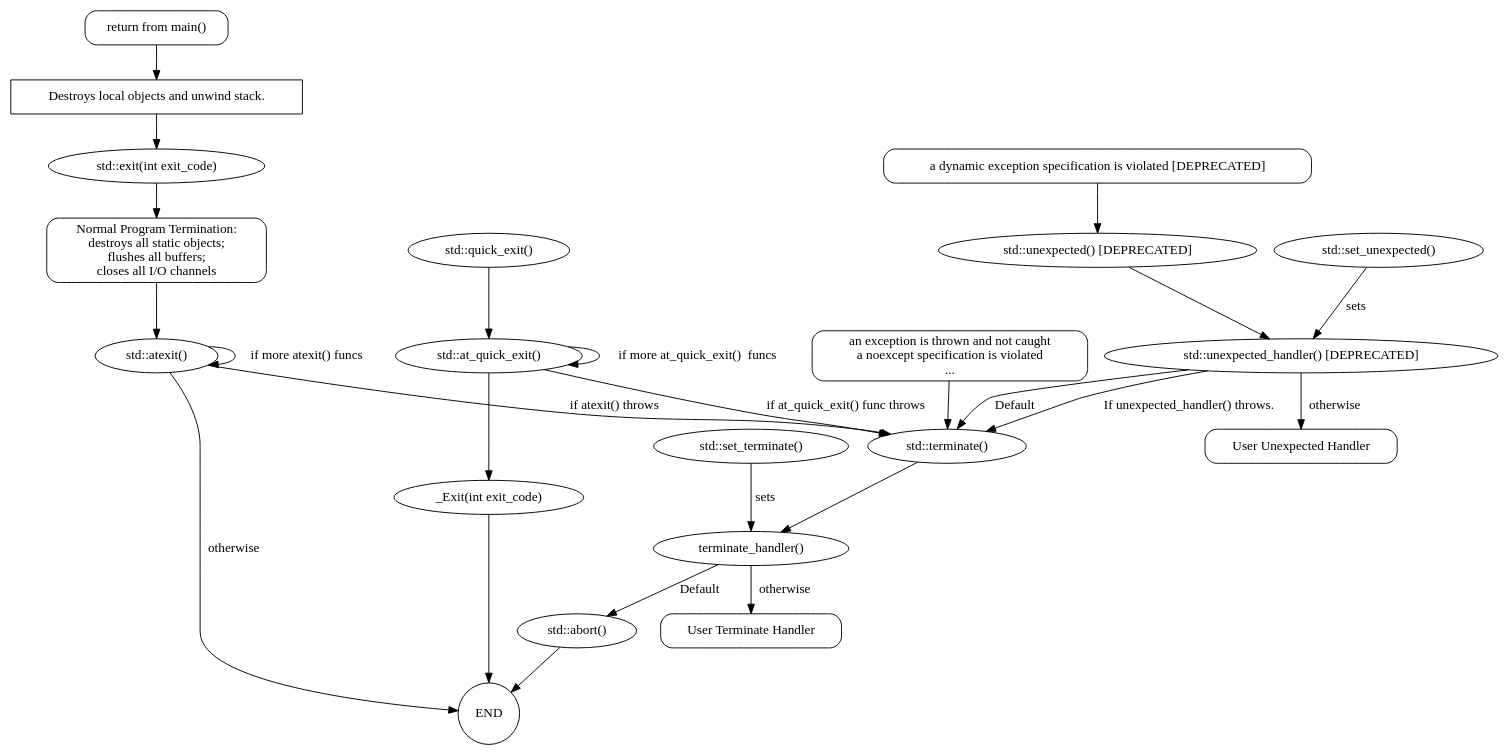
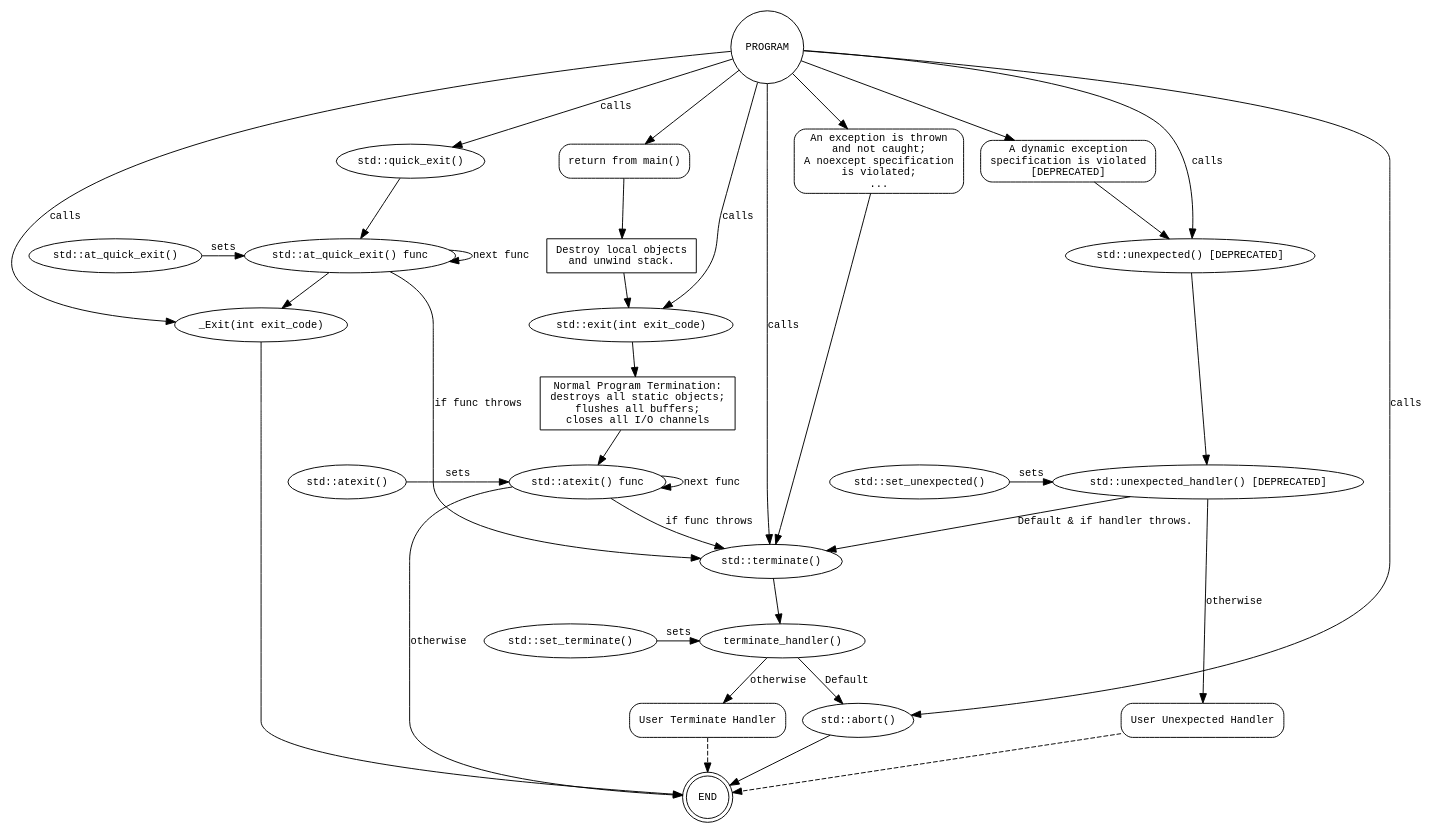
One commit to adishavit/Terminators changed the diagram in termination_graph.gv. Above: the diagram before and after it, drawn with Graphviz. The commit also changed other lines of this file and 3 other files, not shown here.

Commit message:
Graph updates. - Added Program mode - Added rank=same constraints

```diff
--- a/termination_graph.gv
+++ b/termination_graph.gv
@@ -1,52 +1,84 @@
+// http://www.graphviz.org/doc/info/attrs.html
 digraph g{
-
+  node [fontsize=11,fontname="Monospace"];
+  edge [fontsize=11,fontname="Monospace"];
+  //rankdir=LR
+   
   exit                      [label="std::exit(int exit_code)"]
-  Cleanup                   [label="Normal Program Termination:\ndestroys all static objects;\n flushes all buffers;\n closes all I/O channels",shape=box, style="rounded"];
+  Cleanup                   [label="Normal Program Termination:\ndestroys all static objects;\n flushes all buffers;\n closes all I/O channels",shape=box];
+  atexit_func               [label="std::atexit() func"];
   atexit                    [label="std::atexit()"];
   terminate                 [label="std::terminate()"]
   abort                     [label="std::abort()"]
   quick_exit                [label="std::quick_exit()"]
+  at_quick_exit_func        [label="std::at_quick_exit() func"];
   at_quick_exit             [label="std::at_quick_exit()"];
   _Exit                     [label="_Exit(int exit_code)"]
   terminate_handler         [label="terminate_handler()"]
   mainReturn                [label="return from main()",shape=box,style="rounded"];
-  destroyLocal              [label="Destroys local objects and unwind stack.", shape=box];
-  terminateCause            [label="an exception is thrown and not caught\na noexcept specification is violated\n...",shape=box,style="rounded"];
-  unexpectedCause           [label="a dynamic exception specification is violated [DEPRECATED]",shape=box,style="rounded"];
+  destroyLocal              [label="Destroy local objects\nand unwind stack.", shape=box];
+  terminateCause            [label="An exception is thrown\nand not caught;\nA noexcept specification\nis violated;\n...",shape=box,style="rounded"];
+  unexpectedCause           [label="A dynamic exception\nspecification is violated\n[DEPRECATED]",shape=box,style="rounded"];
   unexpected                [label="std::unexpected() [DEPRECATED]"]
   unexpected_handler        [label="std::unexpected_handler() [DEPRECATED]"];
   user_unexpected_handler   [label="User Unexpected Handler",shape=box,style="rounded"]
   set_unexpected            [label="std::set_unexpected()"]
   user_terminate_handler    [label="User Terminate Handler",shape=box,style="rounded"];
   set_terminate             [label="std::set_terminate()"]
-  END                       [shape=circle];
+  PROGRAM                       [shape=circle];
+  END                       [shape=doublecircle];
 
+  PROGRAM -> mainReturn
+  PROGRAM -> terminateCause
+  PROGRAM -> unexpectedCause
+  PROGRAM -> exit [label=calls]
+  PROGRAM -> quick_exit [label=calls]
+  PROGRAM -> unexpected [label=calls]
+  PROGRAM -> abort [label=calls]
+  PROGRAM -> terminate [label=calls]
+  PROGRAM -> _Exit [label=calls]
+  
   exit  -> Cleanup;
-  Cleanup -> atexit;
-  atexit -> atexit [label="if more atexit() funcs"]
-  atexit -> terminate [label="if atexit() throws"];
-  atexit -> END [label=otherwise]
+  Cleanup -> atexit_func;
+  atexit -> atexit_func [label=sets]
+  atexit_func -> atexit_func [label="next func"]
+  atexit_func -> terminate [label="if func throws"];
+  atexit_func -> END [label=otherwise]
   abort -> END
   
-  quick_exit-> at_quick_exit; 
-  at_quick_exit -> at_quick_exit [label="if more at_quick_exit()  funcs"];
-  at_quick_exit -> terminate [label="if at_quick_exit() func throws"];
-  at_quick_exit -> _Exit
+  at_quick_exit -> at_quick_exit_func [label=sets]
+  quick_exit-> at_quick_exit_func; 
+  at_quick_exit_func -> at_quick_exit_func [label="next func"];
+  at_quick_exit_func -> terminate [label="if func throws"];
+  at_quick_exit_func -> _Exit
   
   _Exit -> END
   terminate -> terminate_handler
   terminate_handler -> abort [label="Default"]
   terminate_handler -> user_terminate_handler [label="otherwise"]
   set_terminate -> terminate_handler [label=sets]
   terminateCause -> terminate
   
   mainReturn -> destroyLocal
   destroyLocal -> exit
 
   unexpectedCause -> unexpected
   unexpected -> unexpected_handler
-  unexpected_handler -> terminate [label=Default]
-  unexpected_handler -> terminate [label="If unexpected_handler() throws."]
+  unexpected_handler -> terminate [label="Default & if handler throws."]
   unexpected_handler -> user_unexpected_handler [label=otherwise];
-  set_unexpected -> unexpected_handler [label=sets];
+  set_unexpected -> unexpected_handler [label=sets];  
+  
+  user_unexpected_handler -> END [style=dashed];
+  user_terminate_handler -> END [style=dashed];
+  
+  {rank=source; PROGRAM }
+  {rank=same; mainReturn terminateCause unexpectedCause}  
+  
+  {rank=same; at_quick_exit at_quick_exit_func}
+  {rank=same; set_terminate terminate_handler}
+  {rank=same; set_unexpected unexpected_handler}
+  {rank=same; atexit atexit_func}
+  
+  {rank=same; user_unexpected_handler user_terminate_handler}
+  {rank=sink; END }
 }
```
